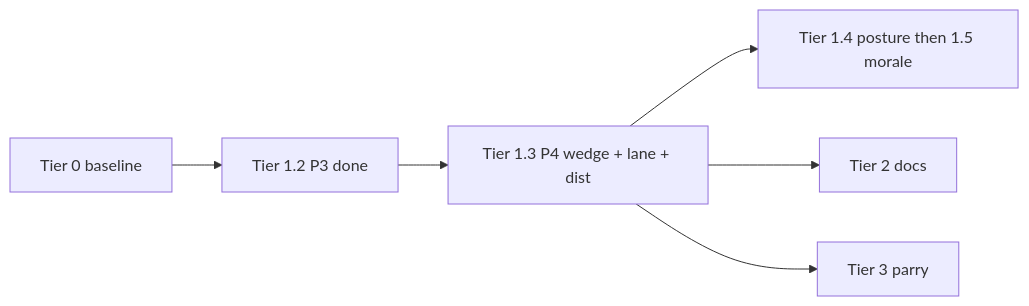
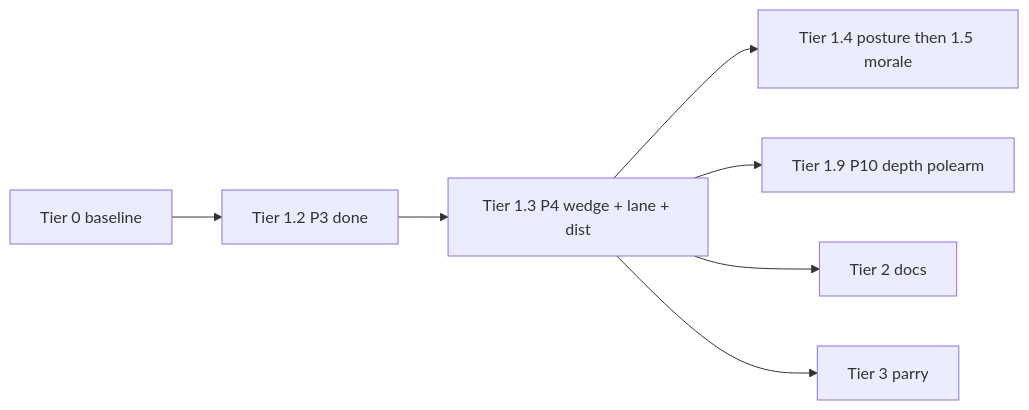
The diagram in docs/IMPLEMENTATION_ORDER.md (Evernight27/FallenPaths), drawn with Mermaid before and after one commit. The commit also changed other lines of this file and 59 other files, not shown here.

````diff
--- a/docs/IMPLEMENTATION_ORDER.md
+++ b/docs/IMPLEMENTATION_ORDER.md
@@ -42,12 +55,14 @@
 ```mermaid
 flowchart LR
   T0[Tier 0 baseline]
   T12[Tier 1.2 P3 done]
   T13[Tier 1.3 P4 wedge + lane + dist]
+  T19[Tier 1.9 P10 depth polearm]
   T14[Tier 1.4 posture then 1.5 morale]
   T2[Tier 2 docs]
   T3[Tier 3 parry]
   T0 --> T12 --> T13 --> T14
+  T13 --> T19
   T13 --> T2
   T13 --> T3
 ```
````
